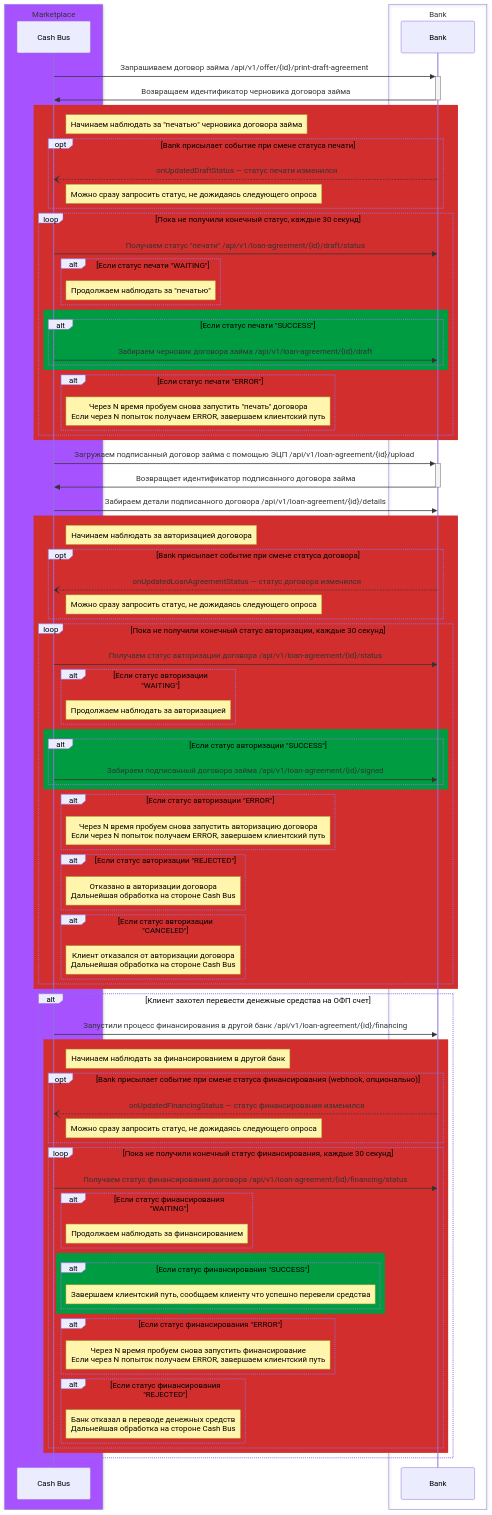
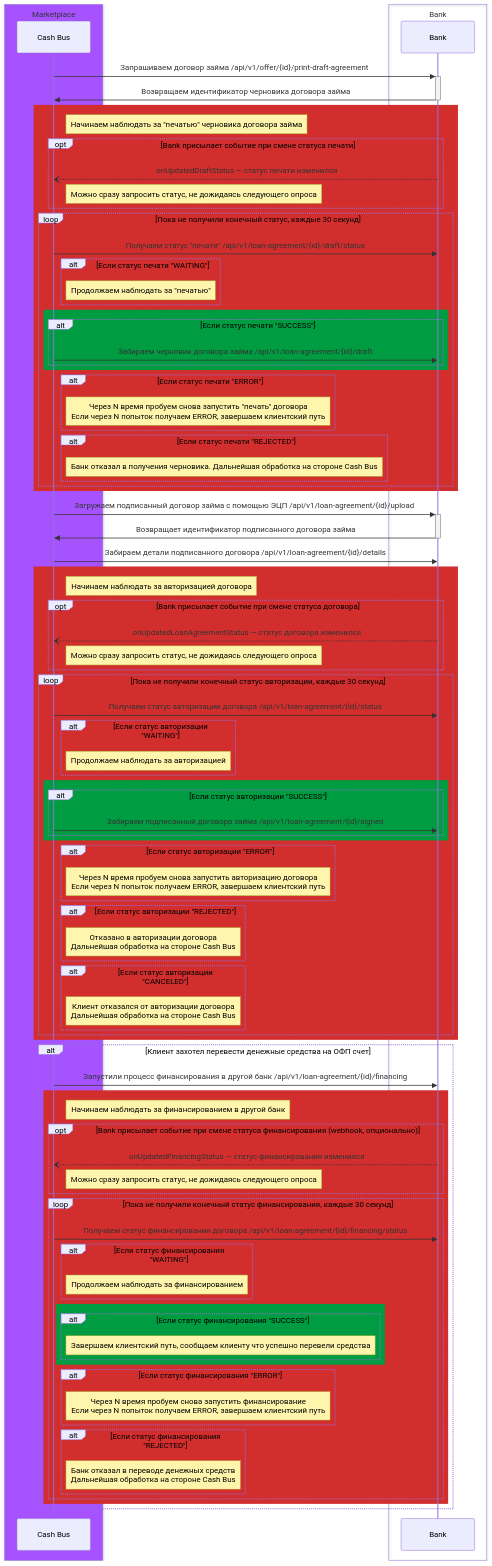
The fourth of 4 diagrams in workflow.md (VantaFinance/cash), drawn with Mermaid before and after one commit. The commit also changed 1 other file, not shown here.

Commit message:
Update docs bank

```diff
--- a/workflow.md
+++ b/workflow.md
@@ -190,6 +190,10 @@
 
         alt Если статус печати "ERROR"
             Note right of Cash Bus: Через N время пробуем снова запустить "печать" договора<br/> Если через N попыток получаем ERROR, завершаем клиентский путь
+        end
+
+        alt Если статус печати "REJECTED"
+            Note right of Cash Bus: Банк отказал в получения черновика. Дальнейшая обработка на стороне Cash Bus
         end
     end
 end
```
